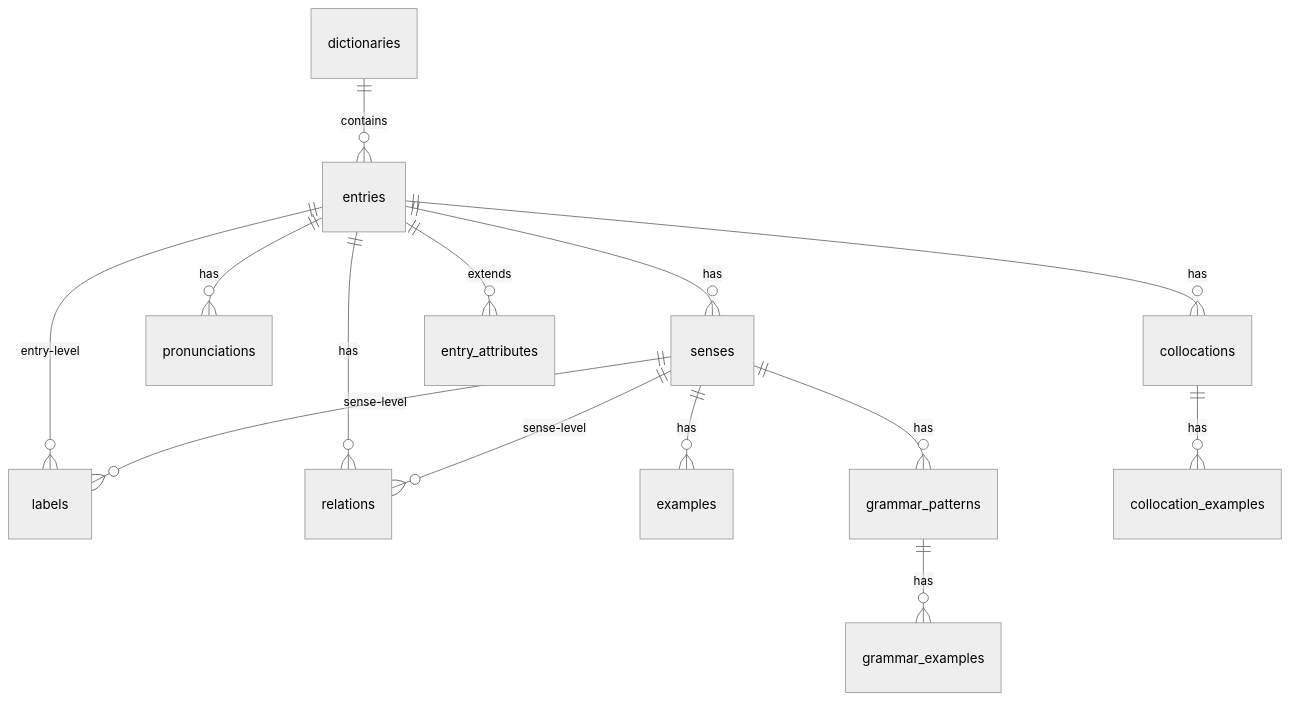
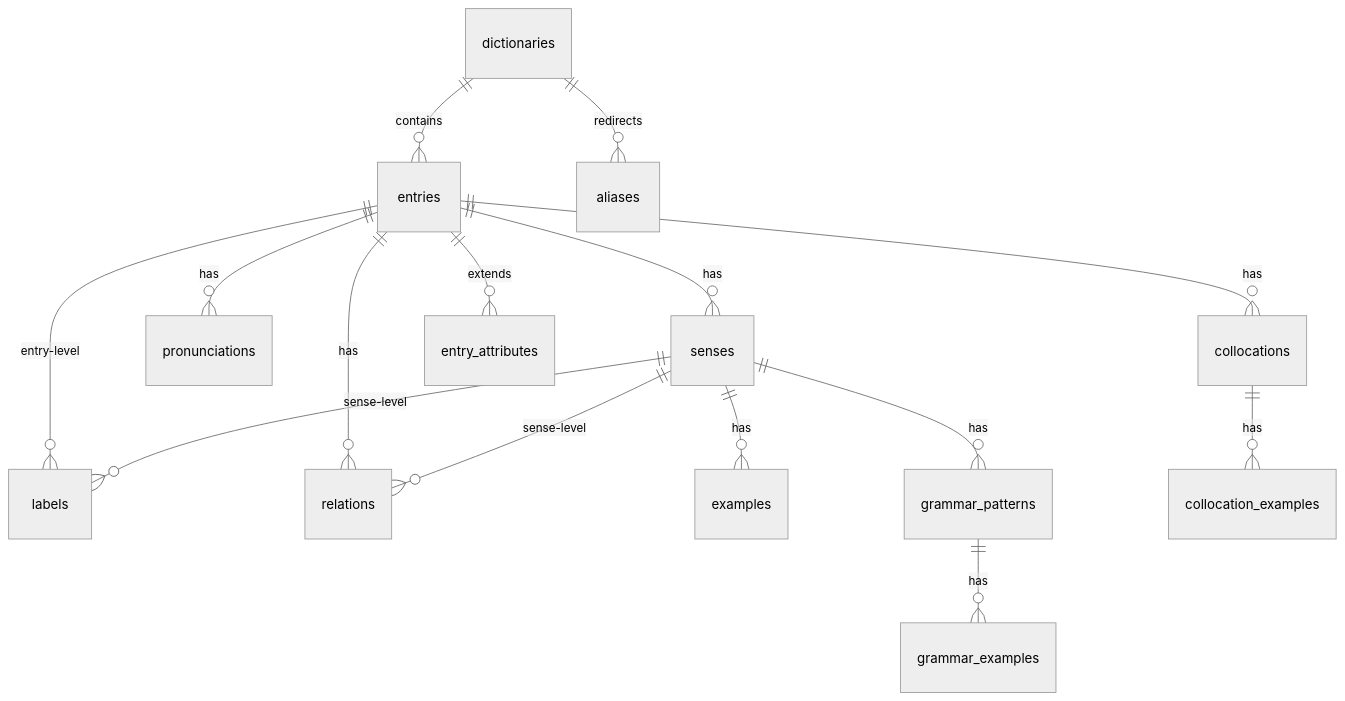
One commit to LuciusChen/lexdb changed the first of 11 diagrams in schema.md. Above: the diagram before and after it, drawn with Mermaid (neutral theme). The commit also changed other lines of this file and 5 other files, not shown here.

````diff
--- a/schema.md
+++ b/schema.md
@@ -16,18 +16,19 @@
 ```mermaid
 erDiagram
     dictionaries ||--o{ entries : contains
+    dictionaries ||--o{ aliases : "redirects"
     entries ||--o{ senses : has
     entries ||--o{ pronunciations : has
     entries ||--o{ labels : "entry-level"
     entries ||--o{ relations : has
     entries ||--o{ collocations : has
     entries ||--o{ entry_attributes : extends
 
     senses ||--o{ examples : has
     senses ||--o{ grammar_patterns : has
     senses ||--o{ labels : "sense-level"
     senses ||--o{ relations : "sense-level"
 
     grammar_patterns ||--o{ grammar_examples : has
     collocations ||--o{ collocation_examples : has
 ```
````
